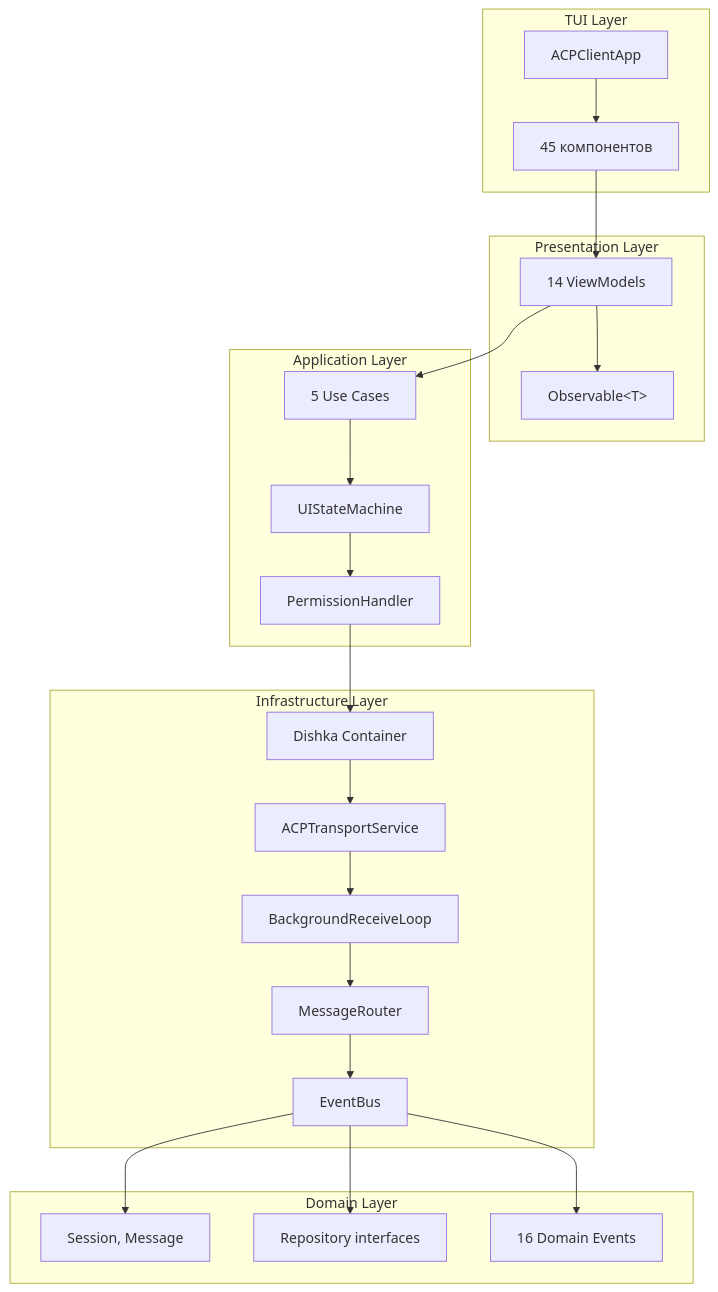
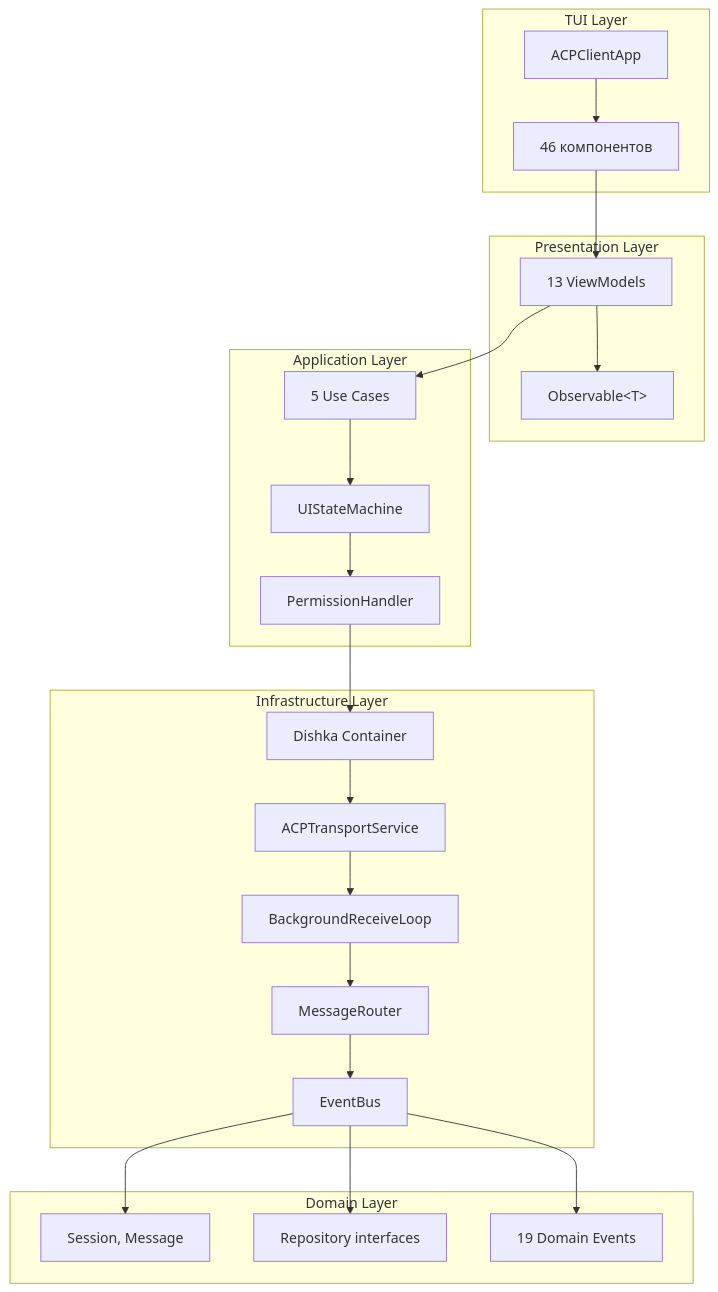
One commit to pese-git/codelab-agent changed the third of 6 diagrams in doc/product/developer-guide/architecture.md. Above: the diagram before and after it, drawn with Mermaid. The commit also changed other lines of this file and 3 other files, not shown here.

````diff
--- a/doc/product/developer-guide/architecture.md
+++ b/doc/product/developer-guide/architecture.md
@@ -361,37 +363,37 @@
 ```mermaid
 graph TB
     subgraph TUI["TUI Layer"]
         App[ACPClientApp]
-        Components[45 компонентов]
+        Components[46 компонентов]
     end
     
     subgraph Presentation["Presentation Layer"]
-        VM[14 ViewModels]
+        VM[13 ViewModels]
         Obs["Observable&lt;T&gt;"]
     end
     
     subgraph Application["Application Layer"]
         UC[5 Use Cases]
         SM[UIStateMachine]
         PH[PermissionHandler]
     end
     
     subgraph Infrastructure["Infrastructure Layer"]
         DI[Dishka Container]
         TS[ACPTransportService]
         BgLoop[BackgroundReceiveLoop]
         Router[MessageRouter]
         EB[EventBus]
     end
     
     subgraph Domain["Domain Layer"]
         Entities["Session, Message"]
         Repos[Repository interfaces]
-        Events[16 Domain Events]
+        Events[19 Domain Events]
     end
     
     App --> Components --> VM --> Obs
     VM --> UC --> SM --> PH
     PH --> DI --> TS --> BgLoop --> Router --> EB
     EB --> Entities & Repos & Events
 ```
````
